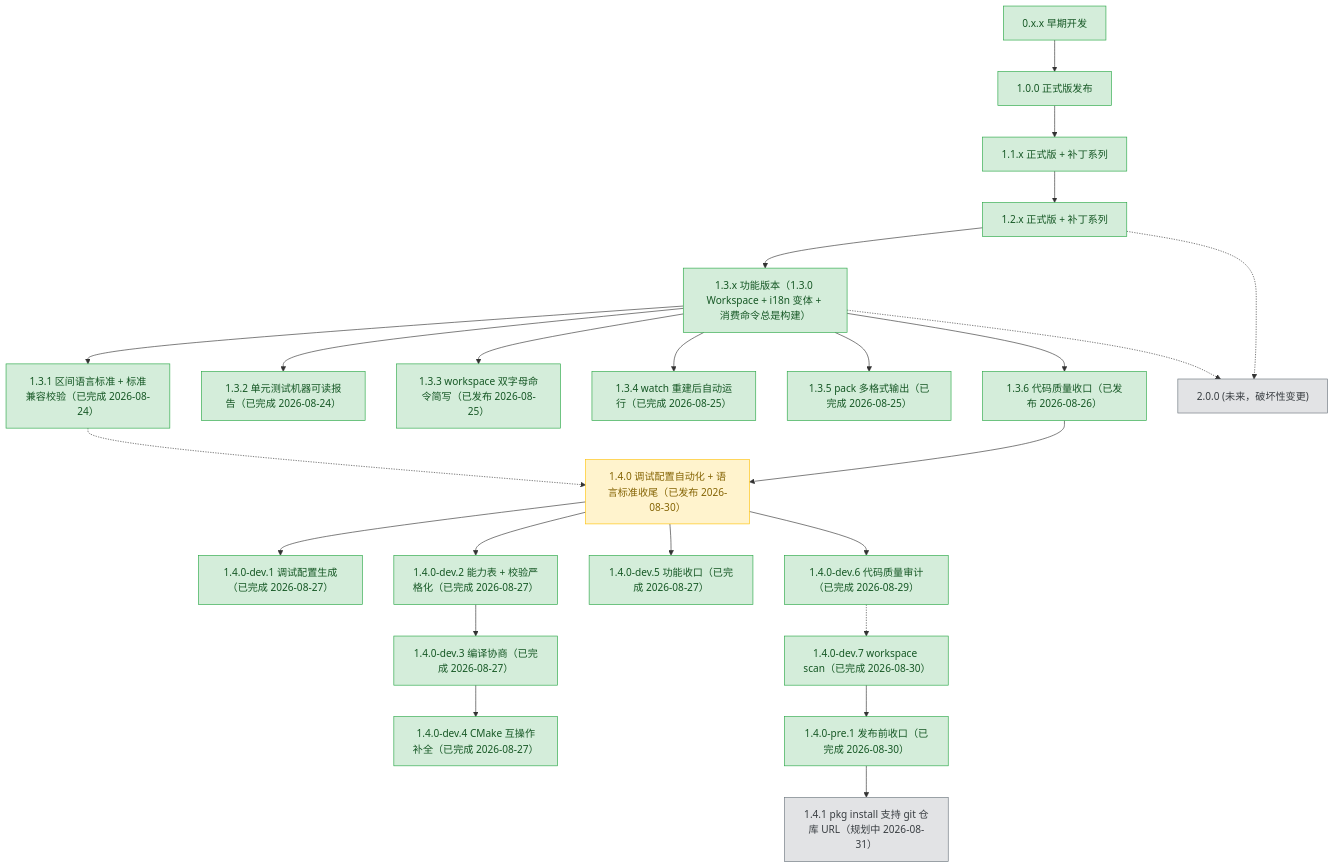
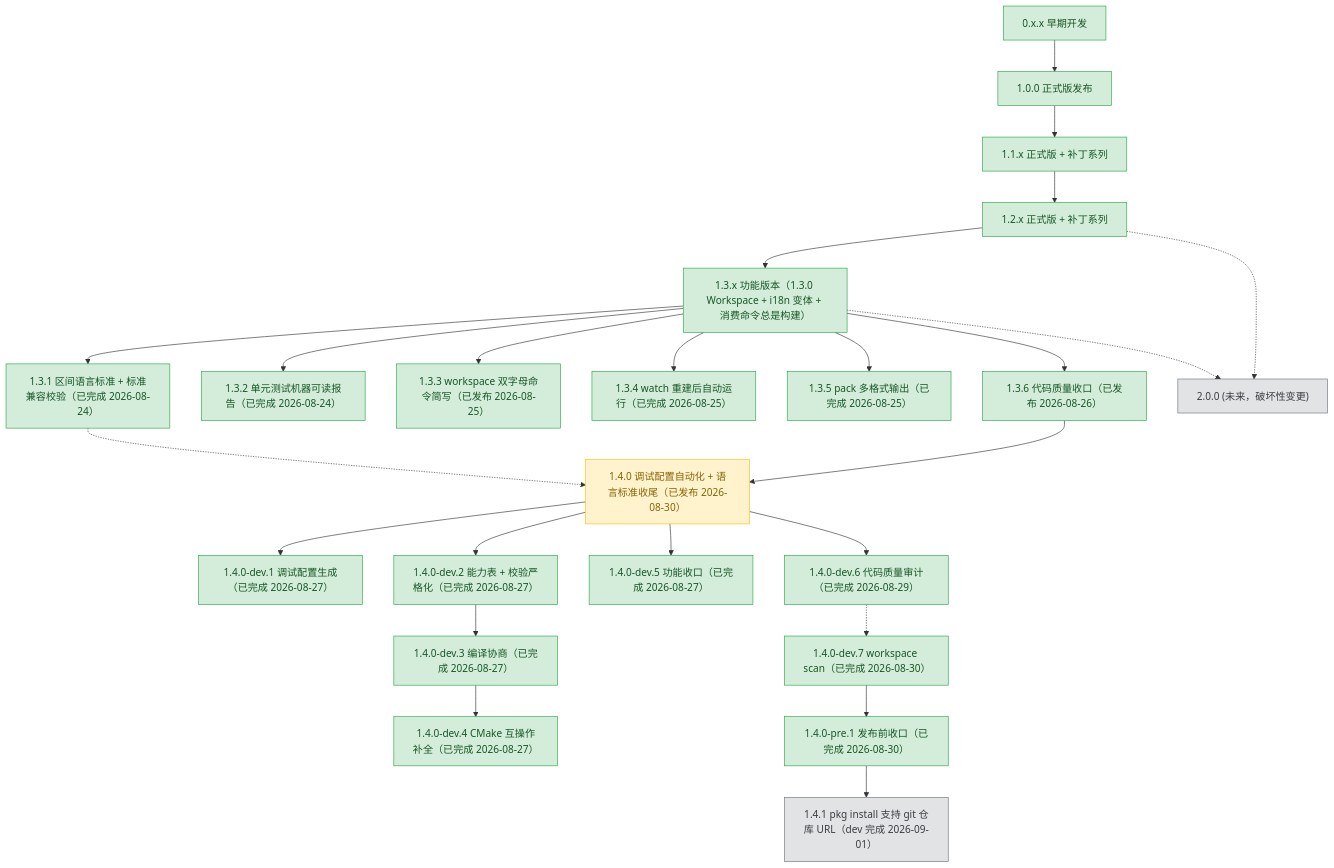
Before and after one commit to 3667808244/EazyMake: the diagram in plans/README.md, drawn with Mermaid. The commit also changed other lines of this file and 4 other files, not shown here.

````diff
--- a/plans/README.md
+++ b/plans/README.md
@@ -66,75 +66,75 @@
 ```mermaid
 graph TD
     v0xx["0.x.x 早期开发"]
     v100["1.0.0 正式版发布"]
     v11x["1.1.x 正式版 + 补丁系列"]
     v12x["1.2.x 正式版 + 补丁系列"]
     v13x["1.3.x 功能版本（1.3.0 Workspace + i18n 变体 + 消费命令总是构建）"]
     v131["1.3.1 区间语言标准 + 标准兼容校验（已完成 2026-08-24）"]
     v132["1.3.2 单元测试机器可读报告（已完成 2026-08-24）"]
     v133["1.3.3 workspace 双字母命令简写（已发布 2026-08-25）"]
     v134["1.3.4 watch 重建后自动运行（已完成 2026-08-25）"]
     v135["1.3.5 pack 多格式输出（已完成 2026-08-25）"]
     v136["1.3.6 代码质量收口（已发布 2026-08-26）"]
     v140["1.4.0 调试配置自动化 + 语言标准收尾（已发布 2026-08-30）"]
     v141["1.4.0-dev.1 调试配置生成（已完成 2026-08-27）"]
     v142["1.4.0-dev.2 能力表 + 校验严格化（已完成 2026-08-27）"]
     v143["1.4.0-dev.3 编译协商（已完成 2026-08-27）"]
     v144["1.4.0-dev.4 CMake 互操作补全（已完成 2026-08-27）"]
     v145["1.4.0-dev.5 功能收口（已完成 2026-08-27）"]
     v146["1.4.0-dev.6 代码质量审计（已完成 2026-08-29）"]
     v147["1.4.0-dev.7 workspace scan（已完成 2026-08-30）"]
     v148["1.4.0-pre.1 发布前收口（已完成 2026-08-30）"]
-    v141p["1.4.1 pkg install 支持 git 仓库 URL（规划中 2026-08-31）"]
+    v141p["1.4.1 pkg install 支持 git 仓库 URL（dev 完成 2026-09-01）"]
     v200["2.0.0 (未来，破坏性变更)"]
 
     v0xx --> v100
     v100 --> v11x
     v11x --> v12x
     v12x --> v13x
     v13x --> v131
     v13x --> v132
     v13x --> v133
     v13x --> v134
     v13x --> v135
     v13x --> v136
     v136 --> v140
     v140 --> v141
     v140 --> v142
     v142 --> v143
     v143 --> v144
     v140 --> v145
     v140 --> v146
     v146 -.-> v147
     v147 --> v148
     v148 --> v141p
     v131 -.-> v140
     v12x -.-> v200
     v13x -.-> v200
 
     classDef done fill:#d4edda,stroke:#28a745,color:#155724;
     classDef active fill:#fff3cd,stroke:#ffc107,color:#856404;
     classDef todo fill:#e2e3e5,stroke:#6c757d,color:#383d41;
 
     class v0xx,v100 done;
     class v11x done;
     class v12x done;
     class v13x done;
     class v131 done;
     class v132 done;
     class v133 done;
     class v134 done;
     class v135 done;
     class v136 done;
     class v140 active;
     class v141 done;
     class v142 done;
     class v143 done;
     class v144 done;
     class v145 done;
     class v146 done;
     class v147 done;
     class v148 done;
     class v141p todo;
     class v200 todo;
 ```
````
